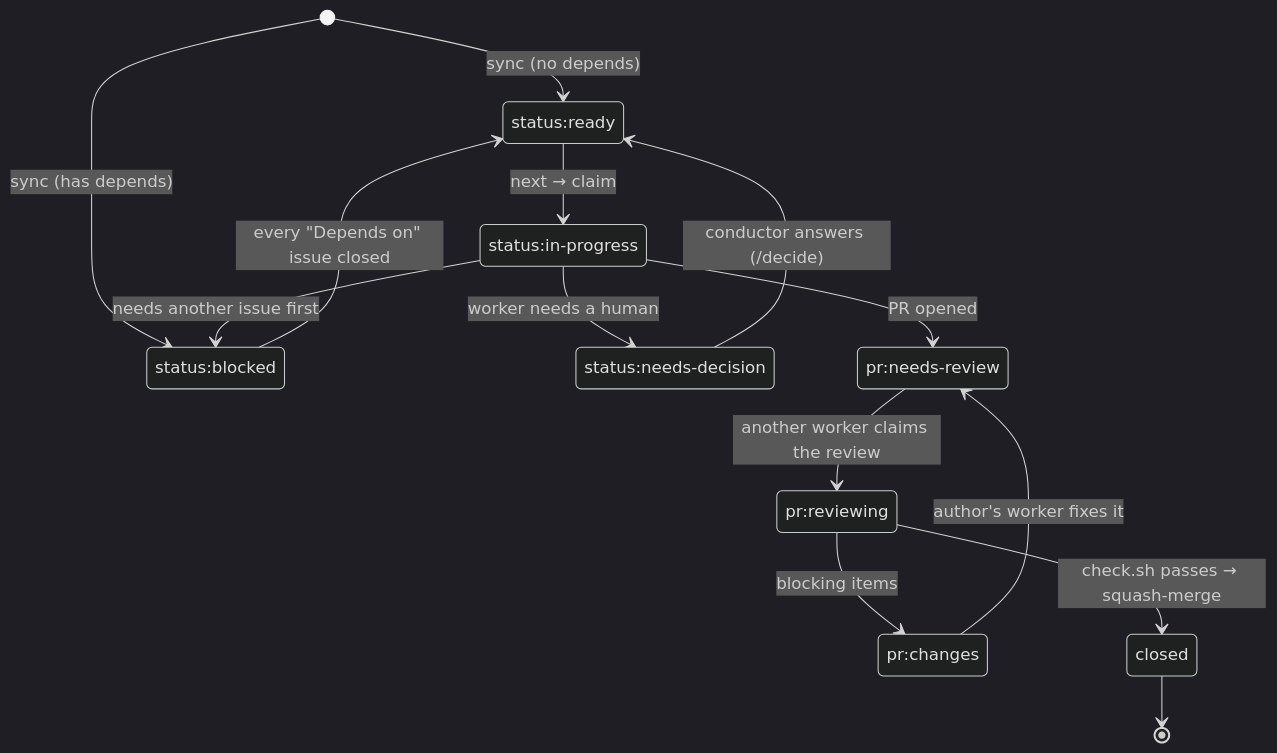
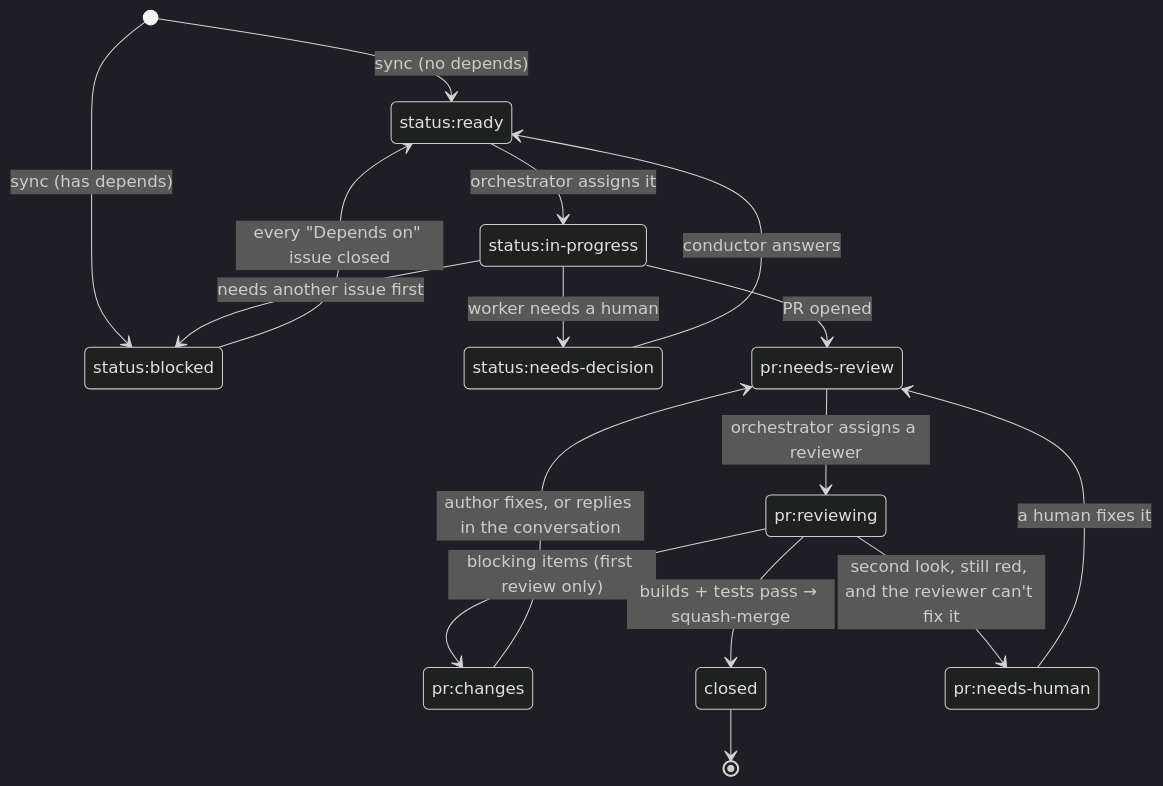
One commit to KKogaa/hackathon-sdlc-kit changed the fourth of 4 diagrams in README.md. Above: the diagram before and after it, drawn with Mermaid (dark theme). The commit also changed other lines of this file and 42 other files, not shown here.

First line of the commit message:
feat: orchestrator agent, n workers and windows-only, no-bash kit

````diff
--- a/README.md
+++ b/README.md
@@ -96,24 +133,27 @@
 ```mermaid
 stateDiagram-v2
     [*] --> ready: sync (no depends)
     [*] --> blocked: sync (has depends)
     blocked --> ready: every "Depends on" issue closed
-    ready --> in_progress: next → claim
+    ready --> in_progress: orchestrator assigns it
     in_progress --> blocked: needs another issue first
     in_progress --> decision: worker needs a human
-    decision --> ready: conductor answers (/decide)
+    decision --> ready: conductor answers
     in_progress --> needs_review: PR opened
-    needs_review --> reviewing: another worker claims the review
-    reviewing --> changes: blocking items
-    changes --> needs_review: author's worker fixes it
-    reviewing --> closed: check.sh passes → squash-merge
+    needs_review --> reviewing: orchestrator assigns a reviewer
+    reviewing --> changes: blocking items (first review only)
+    changes --> needs_review: author fixes, or replies in the conversation
+    reviewing --> closed: builds + tests pass → squash-merge
+    reviewing --> human: second look, still red, and the reviewer can't fix it
+    human --> needs_review: a human fixes it
     closed --> [*]
 
     state "status:ready" as ready
     state "status:blocked" as blocked
     state "status:in-progress" as in_progress
     state "status:needs-decision" as decision
     state "pr:needs-review" as needs_review
     state "pr:reviewing" as reviewing
     state "pr:changes" as changes
+    state "pr:needs-human" as human
 ```
````
